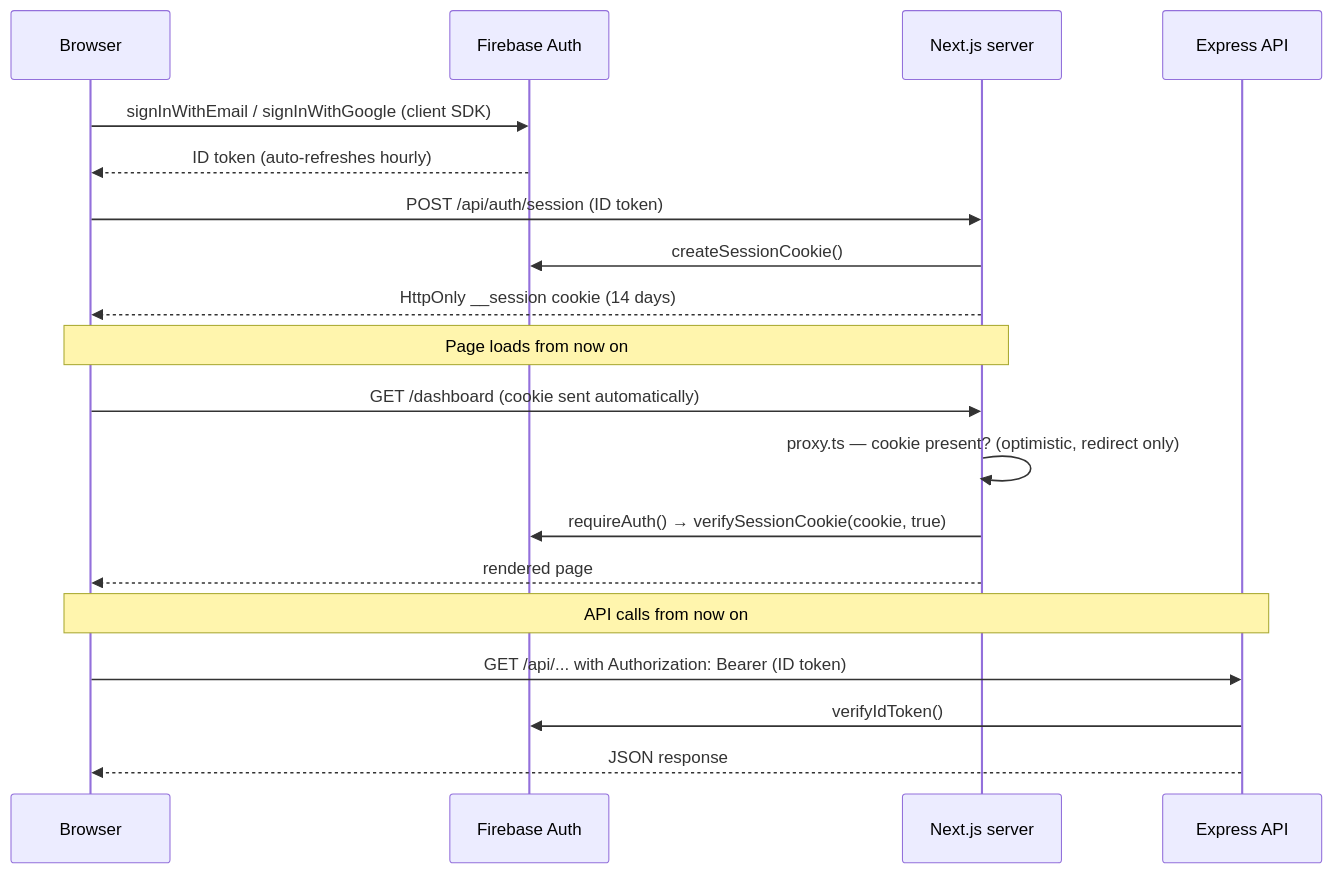
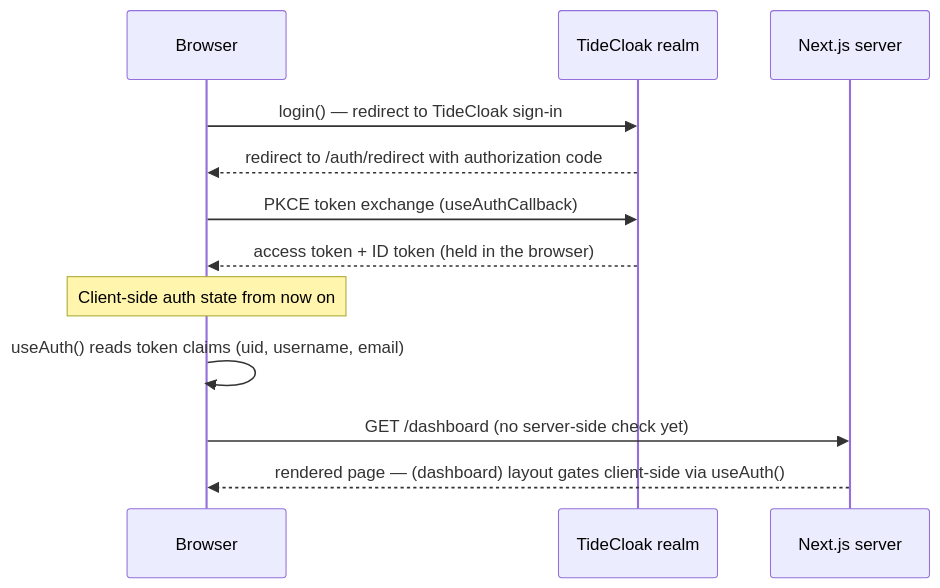
One commit to s3945794/Cyber-Immunity-Hackathon-Project-3 changed the second of 2 diagrams in docs/ARCHITECTURE.md. Above: the diagram before and after it, drawn with Mermaid. The commit also changed other lines of this file and 39 other files, not shown here.

````diff
--- a/docs/ARCHITECTURE.md
+++ b/docs/ARCHITECTURE.md
@@ -49,24 +58,16 @@
 ```mermaid
 sequenceDiagram
     participant B as Browser
-    participant FA as Firebase Auth
+    participant TC as TideCloak realm
     participant N as Next.js server
-    participant A as Express API
 
-    B->>FA: signInWithEmail / signInWithGoogle (client SDK)
-    FA-->>B: ID token (auto-refreshes hourly)
-    B->>N: POST /api/auth/session (ID token)
-    N->>FA: createSessionCookie()
-    N-->>B: HttpOnly __session cookie (14 days)
+    B->>TC: login() — redirect to TideCloak sign-in
+    TC-->>B: redirect to /auth/redirect with authorization code
+    B->>TC: PKCE token exchange (useAuthCallback)
+    TC-->>B: access token + ID token (held in the browser)
 
-    Note over B,N: Page loads from now on
-    B->>N: GET /dashboard (cookie sent automatically)
-    N->>N: proxy.ts — cookie present? (optimistic, redirect only)
-    N->>FA: requireAuth() → verifySessionCookie(cookie, true)
-    N-->>B: rendered page
-
-    Note over B,A: API calls from now on
-    B->>A: GET /api/... with Authorization: Bearer (ID token)
-    A->>FA: verifyIdToken()
-    A-->>B: JSON response
+    Note over B: Client-side auth state from now on
+    B->>B: useAuth() reads token claims (uid, username, email)
+    B->>N: GET /dashboard (no server-side check yet)
+    N-->>B: rendered page — (dashboard) layout gates client-side via useAuth()
 ```
````
